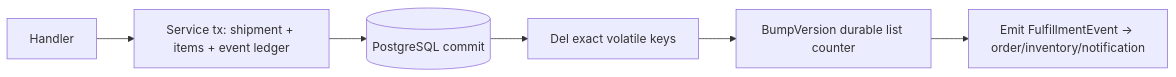
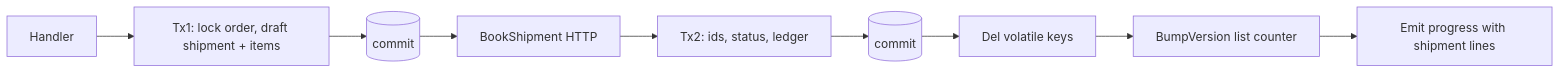
Before and after one commit to Zatu-ecom/ecommerce-be: the third of 5 diagrams in specs/013-courier-fulfillment-platform/data-model.md, drawn with Mermaid. The commit also changed other lines of this file and 1 other file, not shown here.

First line of the commit message:
Refactor Courier Fulfillment Platform Service Design

````diff
--- a/specs/013-courier-fulfillment-platform/data-model.md
+++ b/specs/013-courier-fulfillment-platform/data-model.md
@@ -67,8 +97,11 @@
 ```mermaid
 flowchart LR
-    H[Handler] --> S[Service tx: shipment + items + event ledger]
-    S --> PG[(PostgreSQL commit)]
-    PG --> D[Del exact volatile keys]
-    D --> V[BumpVersion durable list counter]
-    V --> E[Emit FulfillmentEvent → order/inventory/notification]
+    H[Handler] --> T1[Tx1: lock order, draft shipment + items]
+    T1 --> PG1[(commit)]
+    PG1 --> C[BookShipment HTTP]
+    C --> T2[Tx2: ids, status, ledger]
+    T2 --> PG2[(commit)]
+    PG2 --> D[Del volatile keys]
+    D --> V[BumpVersion list counter]
+    V --> E[Emit progress with shipment lines]
 ```
````
